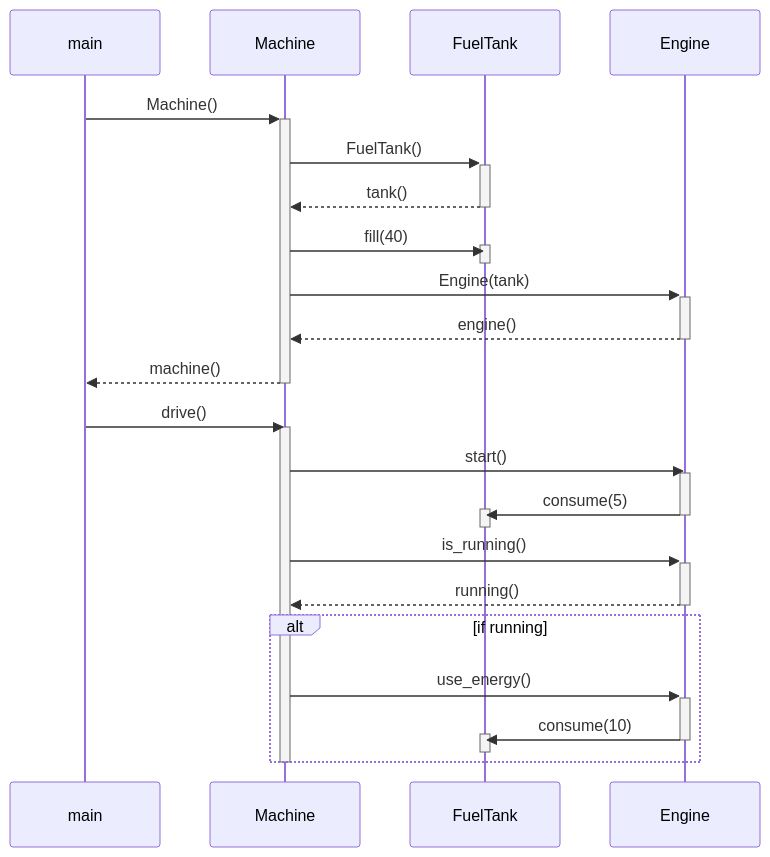
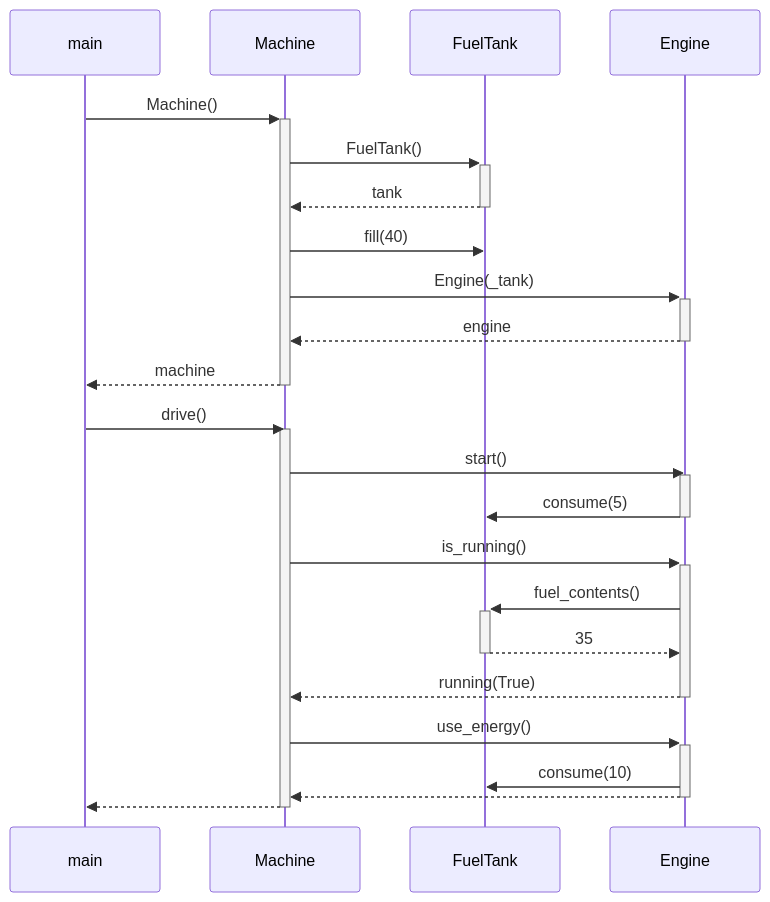
The diagram in laskarit/viikko3/machine_sequence.md (piamanns/ot-harjoitustyo), drawn with Mermaid before and after one commit.

````diff
--- a/laskarit/viikko3/machine_sequence.md
+++ b/laskarit/viikko3/machine_sequence.md
@@ -1,30 +1,26 @@
 ```mermaid
 sequenceDiagram
-    main ->>+ Machine:Machine()
-    Machine ->>+ FuelTank:FuelTank() 
-    FuelTank -->>- Machine:tank()
-    Machine ->> FuelTank:fill(40)
-    activate FuelTank
-    deactivate FuelTank
-    Machine ->>+ Engine:Engine(tank)
-    Engine -->>- Machine:engine()    
-    Machine -->>- main:machine()
-    main ->> Machine:drive()
+    main ->>+ Machine: Machine()
+    Machine ->>+ FuelTank: FuelTank() 
+    FuelTank -->>- Machine: tank
+    Machine ->> FuelTank: fill(40)
+    Machine ->>+ Engine: Engine(_tank)
+    Engine -->>- Machine: engine    
+    Machine -->>- main: machine
+    main ->> Machine: drive()
     activate Machine
-    Machine ->> Engine:start()
+    Machine ->> Engine: start()
     activate Engine
-    Engine ->> FuelTank:consume(5)
-    activate FuelTank
-    deactivate FuelTank
+    Engine ->> FuelTank: consume(5)
     deactivate Engine
-    Machine ->>+ Engine:is_running()
-    Engine -->>- Machine:running()
-    alt if running
-        Machine ->>+ Engine:use_energy()
-        Engine ->> FuelTank:consume(10)
-        activate FuelTank
-        deactivate FuelTank
-        deactivate Engine
-    end
+    Machine ->>+ Engine: is_running()
+    Engine ->>+ FuelTank: fuel_contents()
+    FuelTank -->>- Engine: 35
+    Engine -->>- Machine: running(True)
+    Machine ->>+ Engine:use_energy()
+    Engine ->> FuelTank:consume(10)
+    Engine -->> Machine:  
+    deactivate Engine
+    Machine -->> main: 
     deactivate Machine
 ```
````
